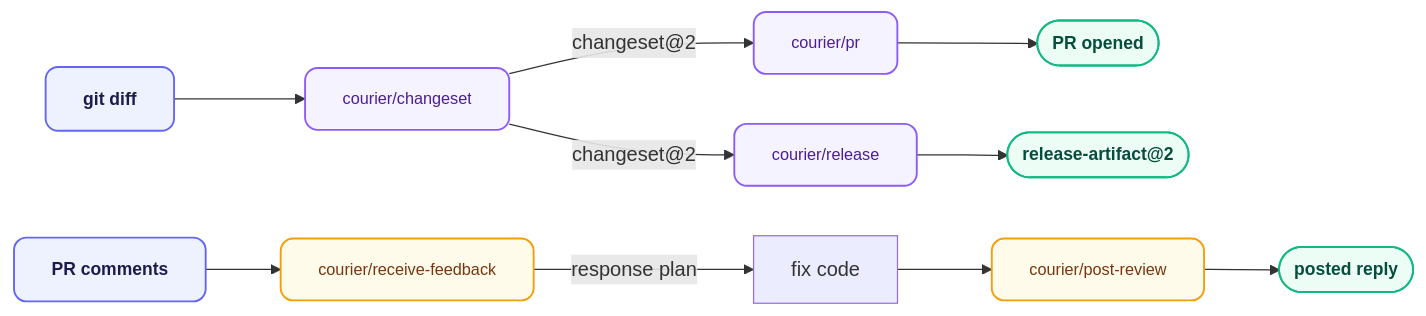
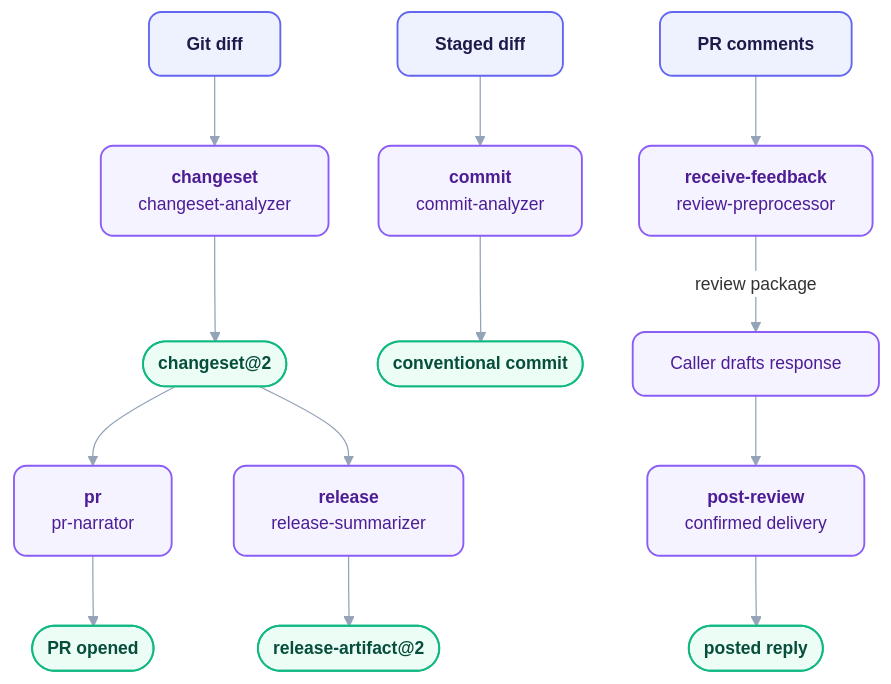
One commit to orin-dx/agent-plugins changed the diagram in plugins/courier/README.md. Above: the diagram before and after it, drawn with Mermaid. The commit also changed 12 other files, not shown here.

Commit message:
docs: refresh Mermaid diagrams and visual standard

````diff
--- a/plugins/courier/README.md
+++ b/plugins/courier/README.md
@@ -67,24 +67,20 @@
 ```mermaid
-%%{init: {'flowchart': {'curve': 'basis', 'nodeSpacing': 40, 'rankSpacing': 60}}}%%
-flowchart LR
-    classDef source fill:#eef2ff,stroke:#6366f1,stroke-width:1.5px,color:#1e1b4b,rx:10,ry:10,font-size:14px,font-weight:600;
-    classDef engine fill:#f5f3ff,stroke:#8b5cf6,stroke-width:1.5px,color:#4c1d95,rx:10,ry:10,font-size:13px,font-weight:500;
-    classDef router fill:#fffbeb,stroke:#f59e0b,stroke-width:1.5px,color:#78350f,rx:10,ry:10,font-size:13px,font-weight:500;
-    classDef output fill:#ecfdf5,stroke:#10b981,stroke-width:1.5px,color:#064e3b,rx:10,ry:10,font-size:14px,font-weight:600;
+%%{init: {'theme': 'base', 'flowchart': {'curve': 'basis', 'nodeSpacing': 40, 'rankSpacing': 56}, 'themeVariables': {'fontFamily': 'Inter, ui-sans-serif, system-ui, sans-serif', 'fontSize': '14px', 'lineColor': '#94a3b8', 'edgeLabelBackground': '#ffffff'}}}%%
+flowchart TD
+    classDef source fill:#eef2ff,stroke:#6366f1,stroke-width:1.5px,color:#1e1b4b,rx:10px,ry:10px,font-weight:600;
+    classDef engine fill:#f5f3ff,stroke:#8b5cf6,stroke-width:1.5px,color:#4c1d95,rx:10px,ry:10px;
+    classDef output fill:#ecfdf5,stroke:#10b981,stroke-width:1.5px,color:#064e3b,rx:10px,ry:10px,font-weight:600;
 
-    diff[git diff] --> chg["courier/changeset"]
-    chg -->|"changeset@2"| pr["courier/pr"]
-    chg -->|"changeset@2"| rel["courier/release"]
-    pr --> prOut(["PR opened"])
-    rel --> relOut(["release-artifact@2"])
+    Diff["Git diff"] --> Changeset["<b>changeset</b><br/>changeset-analyzer"] --> CS(["changeset@2"])
+    CS --> PR["<b>pr</b><br/>pr-narrator"] --> PROut(["PR opened"])
+    CS --> Release["<b>release</b><br/>release-summarizer"] --> RelOut(["release-artifact@2"])
 
-    comments[PR comments] --> recv["courier/receive-feedback"]
-    recv -->|"response plan"| fix[fix code]
-    fix --> post["courier/post-review"]
-    post --> reply(["posted reply"])
+    Staged["Staged diff"] --> Commit["<b>commit</b><br/>commit-analyzer"] --> CommitOut(["conventional commit"])
 
-    class diff,comments source
-    class chg,pr,rel engine
-    class recv,post router
-    class prOut,relOut,reply output
+    Comments["PR comments"] --> Receive["<b>receive-feedback</b><br/>review-preprocessor"]
+    Receive -->|"review package"| Draft["Caller drafts response"] --> Post["<b>post-review</b><br/>confirmed delivery"] --> Reply(["posted reply"])
+
+    class Diff,Staged,Comments source
+    class Changeset,PR,Release,Commit,Receive,Draft,Post engine
+    class CS,PROut,RelOut,CommitOut,Reply output
 ```
````
